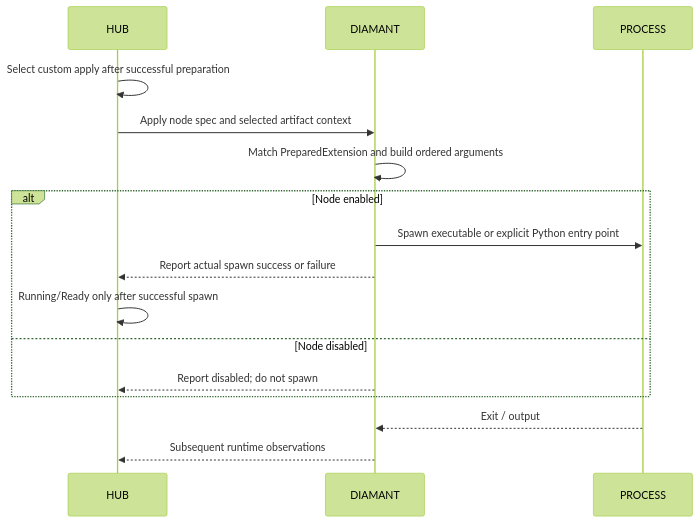
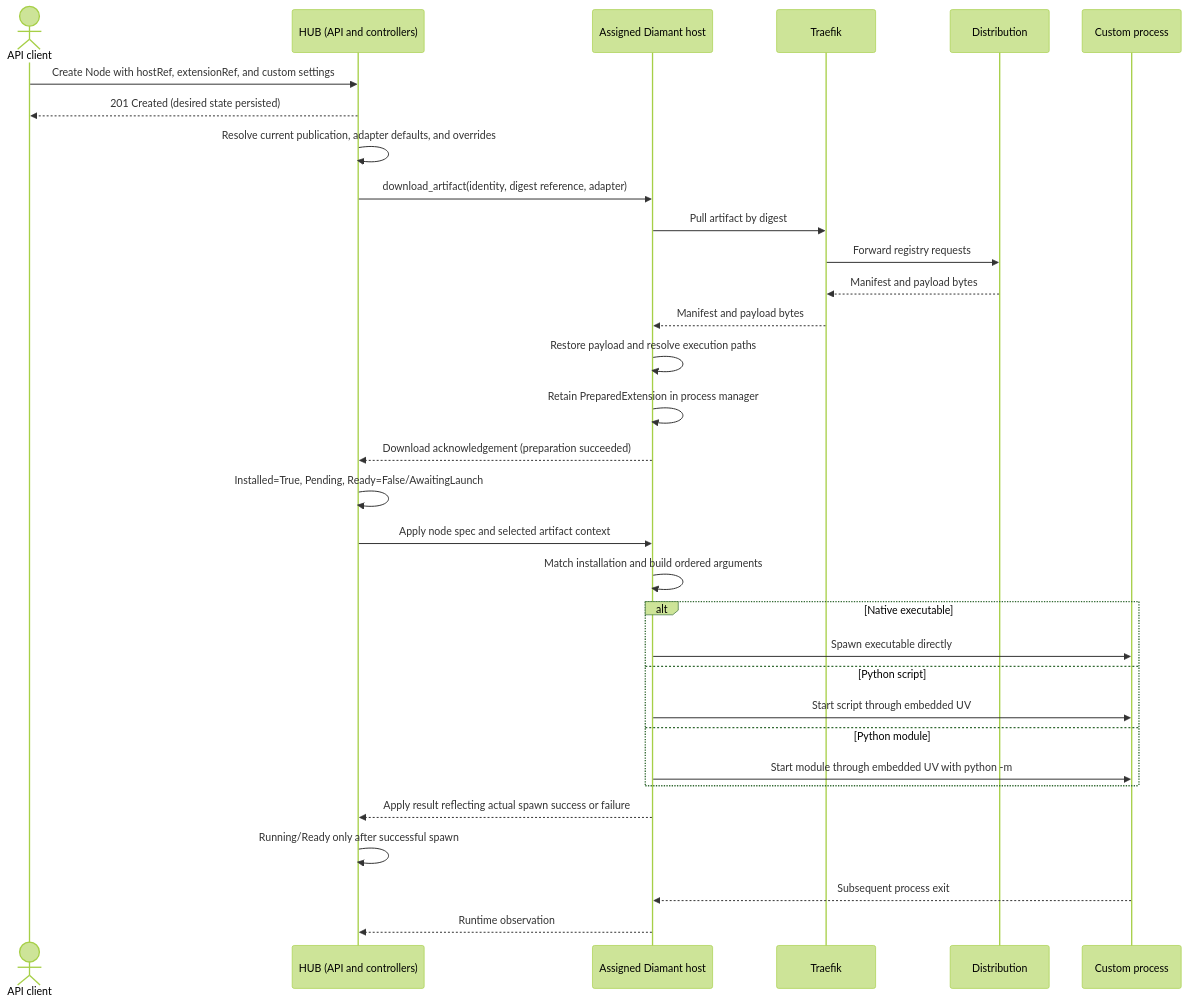
One commit to Suntitle/Suntitle changed the third of 3 diagrams in ai/custom-node-type-plan.md. Above: the diagram before and after it, drawn with Mermaid (forest theme). The commit also changed other lines of this file and 13 other files, not shown here.

````diff
--- a/ai/custom-node-type-plan.md
+++ b/ai/custom-node-type-plan.md
@@ -183,18 +188,35 @@
 ```mermaid
 sequenceDiagram
-    participant HUB
-    participant DIAMANT
-    participant PROCESS
-    HUB->>HUB: Select custom apply after successful preparation
+    actor USER as API client
+    participant HUB as HUB (API and controllers)
+    participant DIAMANT as Assigned Diamant host
+    participant TRAEFIK as Traefik
+    participant REGISTRY as Distribution
+    participant PROCESS as Custom process
+
+    USER->>HUB: Create Node with hostRef, extensionRef, and custom settings
+    HUB-->>USER: 201 Created (desired state persisted)
+    HUB->>HUB: Resolve current publication, adapter defaults, and overrides
+    HUB->>DIAMANT: download_artifact(identity, digest reference, adapter)
+    DIAMANT->>TRAEFIK: Pull artifact by digest
+    TRAEFIK->>REGISTRY: Forward registry requests
+    REGISTRY-->>TRAEFIK: Manifest and payload bytes
+    TRAEFIK-->>DIAMANT: Manifest and payload bytes
+    DIAMANT->>DIAMANT: Restore payload and resolve execution paths
+    DIAMANT->>DIAMANT: Retain PreparedExtension in process manager
+    DIAMANT-->>HUB: Download acknowledgement (preparation succeeded)
+    HUB->>HUB: Installed=True, Pending, Ready=False/AwaitingLaunch
     HUB->>DIAMANT: Apply node spec and selected artifact context
-    DIAMANT->>DIAMANT: Match PreparedExtension and build ordered arguments
-    alt Node enabled
-        DIAMANT->>PROCESS: Spawn executable or explicit Python entry point
-        DIAMANT-->>HUB: Report actual spawn success or failure
-        HUB->>HUB: Running/Ready only after successful spawn
-    else Node disabled
-        DIAMANT-->>HUB: Report disabled#59; do not spawn
+    DIAMANT->>DIAMANT: Match installation and build ordered arguments
+    alt Native executable
+        DIAMANT->>PROCESS: Spawn executable directly
+    else Python script
+        DIAMANT->>PROCESS: Start script through embedded UV
+    else Python module
+        DIAMANT->>PROCESS: Start module through embedded UV with python -m
     end
-    PROCESS-->>DIAMANT: Exit / output
-    DIAMANT-->>HUB: Subsequent runtime observations
+    DIAMANT-->>HUB: Apply result reflecting actual spawn success or failure
+    HUB->>HUB: Running/Ready only after successful spawn
+    PROCESS-->>DIAMANT: Subsequent process exit
+    DIAMANT-->>HUB: Runtime observation
 ```
````
